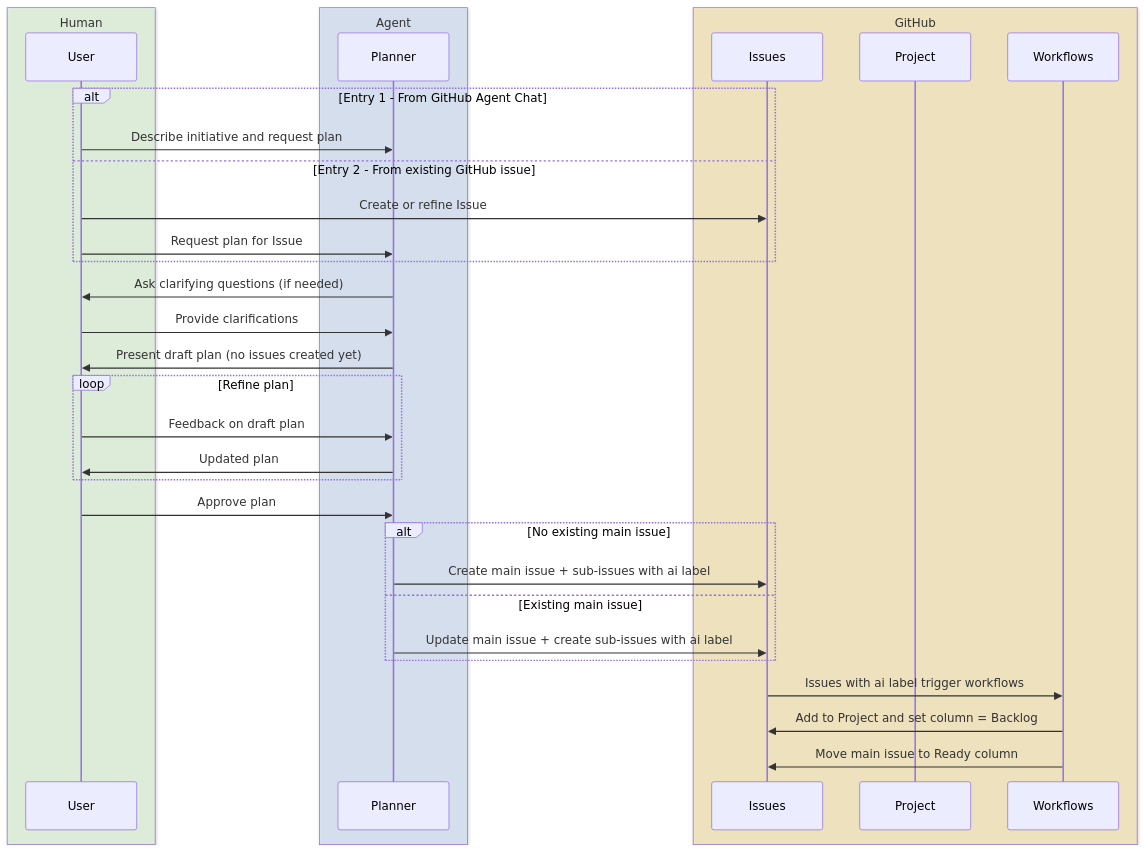
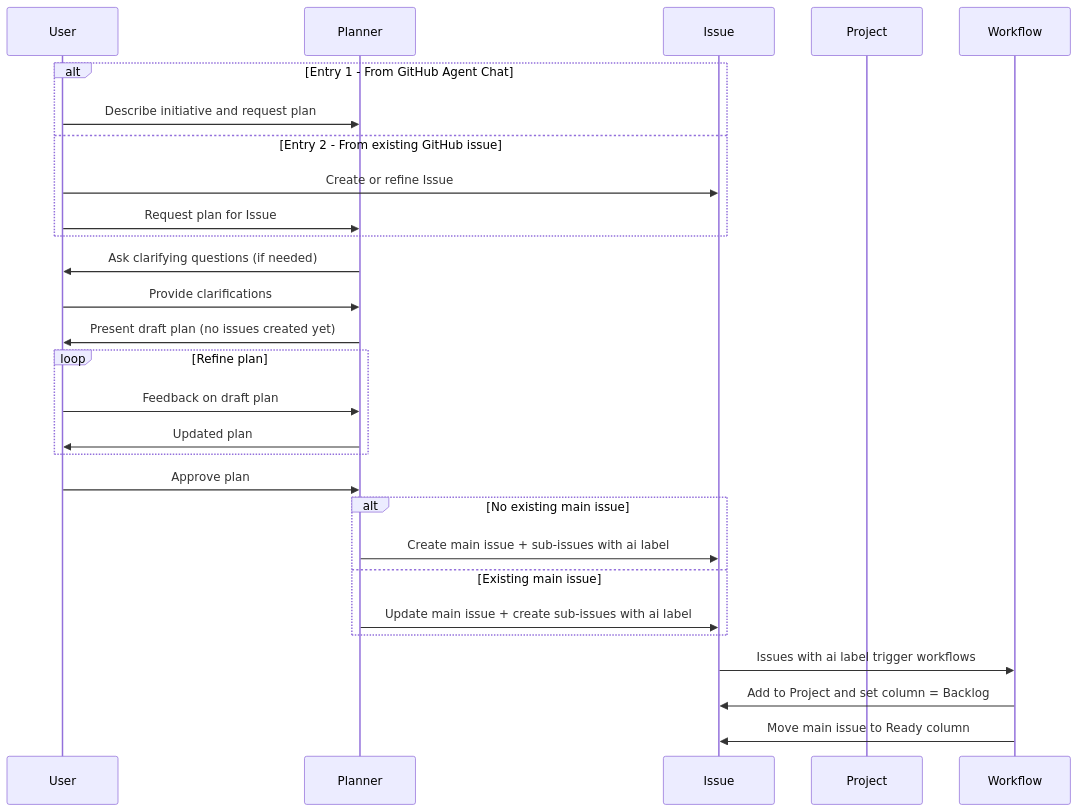
The second of 3 diagrams in workflows/planner.md (Dave76/codelantern-ai), drawn with Mermaid before and after one commit. The commit also changed other lines of this file and 1 other file, not shown here.

````diff
--- a/workflows/planner.md
+++ b/workflows/planner.md
@@ -171,64 +170,56 @@
 ```mermaid
 ---
 config:
   theme: 'default'
   <!-- themeVariables:
     actorBkg: '#eee'
     actorBorder: '#999'
     signalColor: '#000'
     actorLineColor: '#999'
     activationBkgColor: '#ff00ff'
     sequenceNumberColor: '#ff00ff'
     rectStrokeWidth: 0 -->
 ---
 sequenceDiagram
     
-    box rgba(224, 251, 216, 0.5) Human
-        participant U as User
-    end
-
-    box  rgba(207,226,255, 0.5) Agent
-        participant AI as Planner
-    end
-
-    box rgba(255,232,161,0.5) GitHub
-        participant IS as Issues
-        participant PR as Project
-        participant WF as Workflows
-    end
-
+    participant U as User
+    participant AI as Planner
+    participant IS as Issue
+    participant PR as Project
+    participant WF as Workflow
+    
     alt Entry 1 - From GitHub Agent Chat
         U->>AI: Describe initiative and request plan
     else Entry 2 - From existing GitHub issue
         U->>IS: Create or refine Issue
         U->>AI: Request plan for Issue
     end
     
     %% Planner understanding and draft (green)
     AI->>U: Ask clarifying questions (if needed)
     U->>AI: Provide clarifications
     AI->>U: Present draft plan (no issues created yet)
     
 
     %% Refinement loop (blue + green)
     loop Refine plan
         U->>AI: Feedback on draft plan
         AI->>U: Updated plan
     end
 
     %% User approves plan (blue)
     U->>AI: Approve plan
 
     %% Planner creates or updates issues
     alt No existing main issue
         AI->>IS: Create main issue + sub-issues with ai label
     else Existing main issue
         AI->>IS: Update main issue + create sub-issues with ai label
     end
 
     %% Automation places and advances issue (yellow)
     IS->>WF: Issues with ai label trigger workflows
     WF->>IS: Add to Project and set column = Backlog
     WF->>IS: Move main issue to Ready column
     
 ```
````
